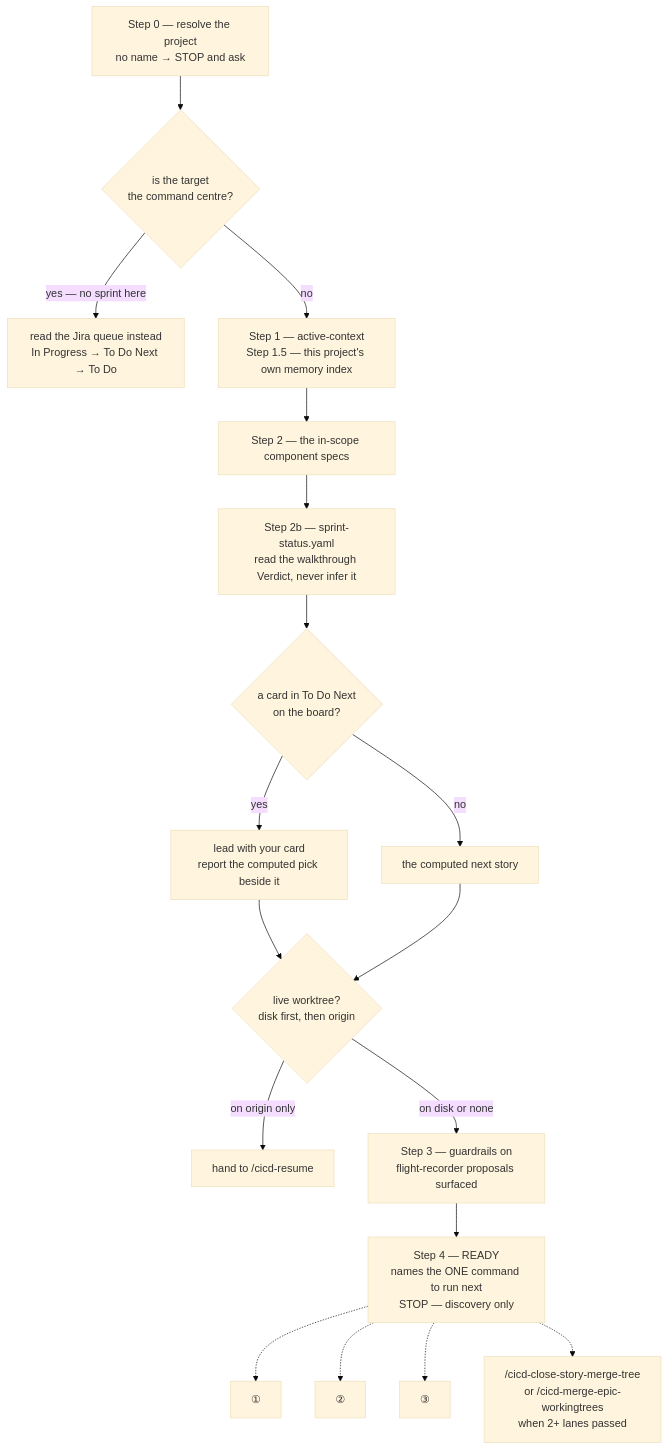
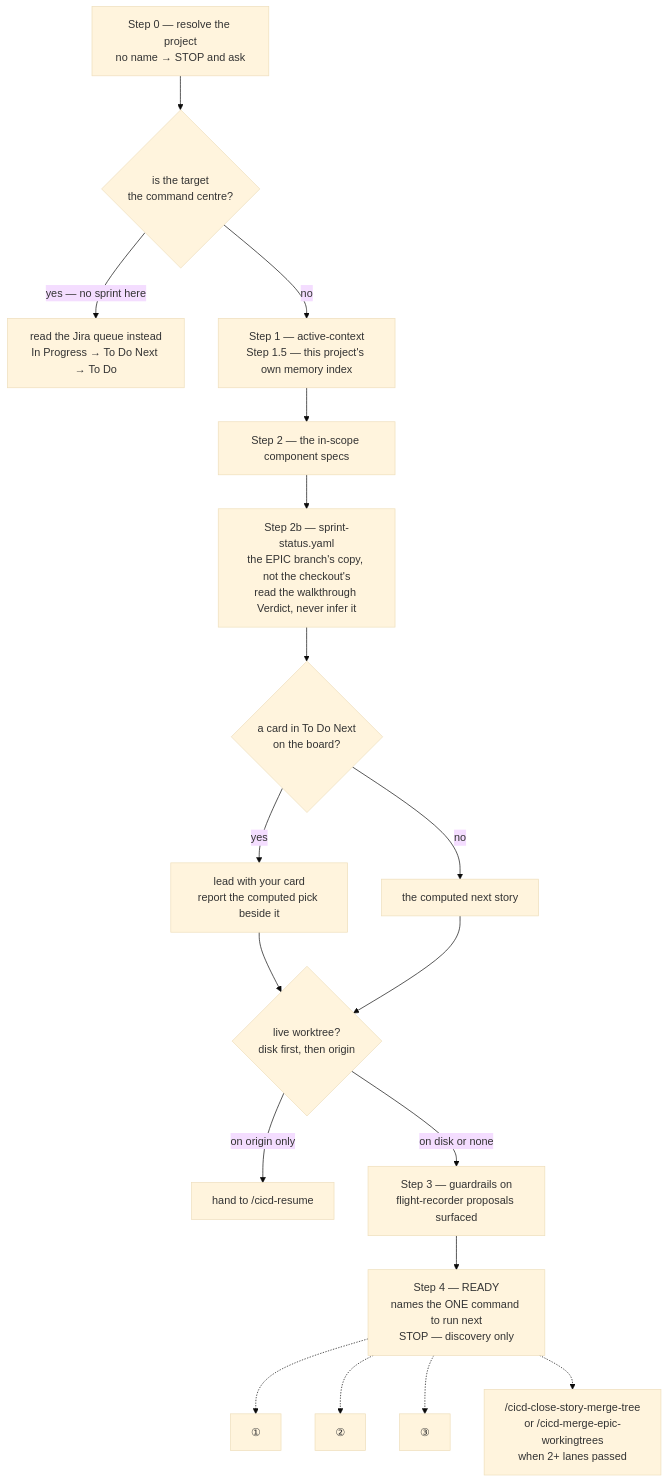
Before and after one commit to sudomadhatter/Sudo_Hatter_Command: diagram 14 of 45 in docs/_scc_sops_prds/workflows_testing_SOP.md, drawn with Mermaid (base theme). The commit also changed other lines of this file and 15 other files, not shown here.

First line of the commit message:
SCC-244 fix(commands): boot reads the epic copy, ① keeps the checkout on main, /sm names the story dir

````diff
--- a/docs/_scc_sops_prds/workflows_testing_SOP.md
+++ b/docs/_scc_sops_prds/workflows_testing_SOP.md
@@ -2624,20 +2630,20 @@
 ```mermaid
 flowchart TD
     S0["Step 0 — resolve the project\nno name → STOP and ask"] --> LOB{"is the target\nthe command centre?"}
     LOB -- "yes — no sprint here" --> Q["read the Jira queue instead\nIn Progress → To Do Next → To Do"]
     LOB -- "no" --> S1["Step 1 — active-context\nStep 1.5 — this project's own memory index"]
     S1 --> S2["Step 2 — the in-scope component specs"]
-    S2 --> S2B["Step 2b — sprint-status.yaml\nread the walkthrough Verdict, never infer it"]
+    S2 --> S2B["Step 2b — sprint-status.yaml\nthe EPIC branch's copy, not the checkout's\nread the walkthrough Verdict, never infer it"]
     S2B --> NEXT{"a card in To Do Next\non the board?"}
     NEXT -- "yes" --> LEAD["lead with your card\nreport the computed pick beside it"]
     NEXT -- "no" --> PICK["the computed next story"]
     LEAD --> WT{"live worktree?\ndisk first, then origin"}
     PICK --> WT
     WT -- "on origin only" --> RES["hand to /cicd-resume"]
     WT -- "on disk or none" --> S3["Step 3 — guardrails on\nflight-recorder proposals surfaced"]
     S3 --> S4["Step 4 — READY\nnames the ONE command to run next\nSTOP — discovery only"]
     S4 -.-> ONE["①"]
     S4 -.-> TWO["②"]
     S4 -.-> THREE["③"]
     S4 -.-> CLOSE["/cicd-close-story-merge-tree\nor /cicd-merge-epic-workingtrees\nwhen 2+ lanes passed"]
 ```
````
